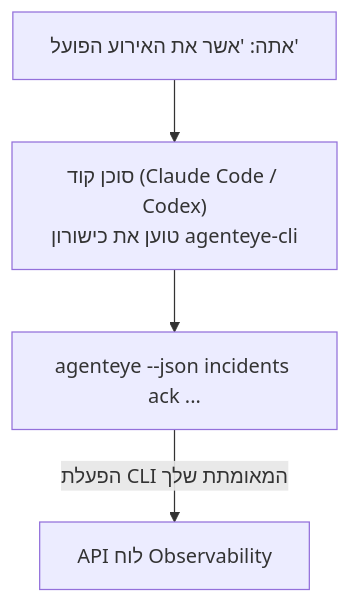
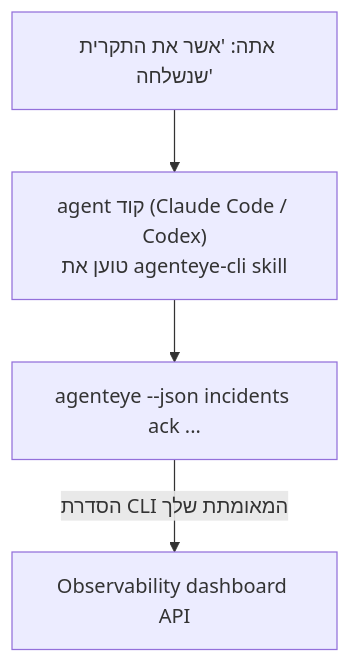
Before and after one commit to FailproofAI/failproofai: the diagram in docs/he/agenteye/cli-skill.mdx, drawn with Mermaid. The commit also changed other lines of this file and 677 other files, not shown here.

````diff
--- a/docs/he/agenteye/cli-skill.mdx
+++ b/docs/he/agenteye/cli-skill.mdx
@@ -29,6 +29,6 @@
 ```mermaid
 flowchart TD
-    YOU["אתה: 'אשר את האירוע הפועל'"] --> AGENT["סוכן קוד (Claude Code / Codex)<br/>טוען את כישורון agenteye-cli"]
+    YOU["אתה: 'אשר את התקרית שנשלחה'"] --> AGENT["agent קוד (Claude Code / Codex)<br/>טוען את agenteye-cli skill"]
     AGENT --> CLI["agenteye --json incidents ack ..."]
-    CLI -->|הפעלת CLI המאומתת שלך| API["API לוח Observability"]
+    CLI -->|הסדרת CLI המאומתת שלך| API["Observability dashboard API"]
 ```
````
